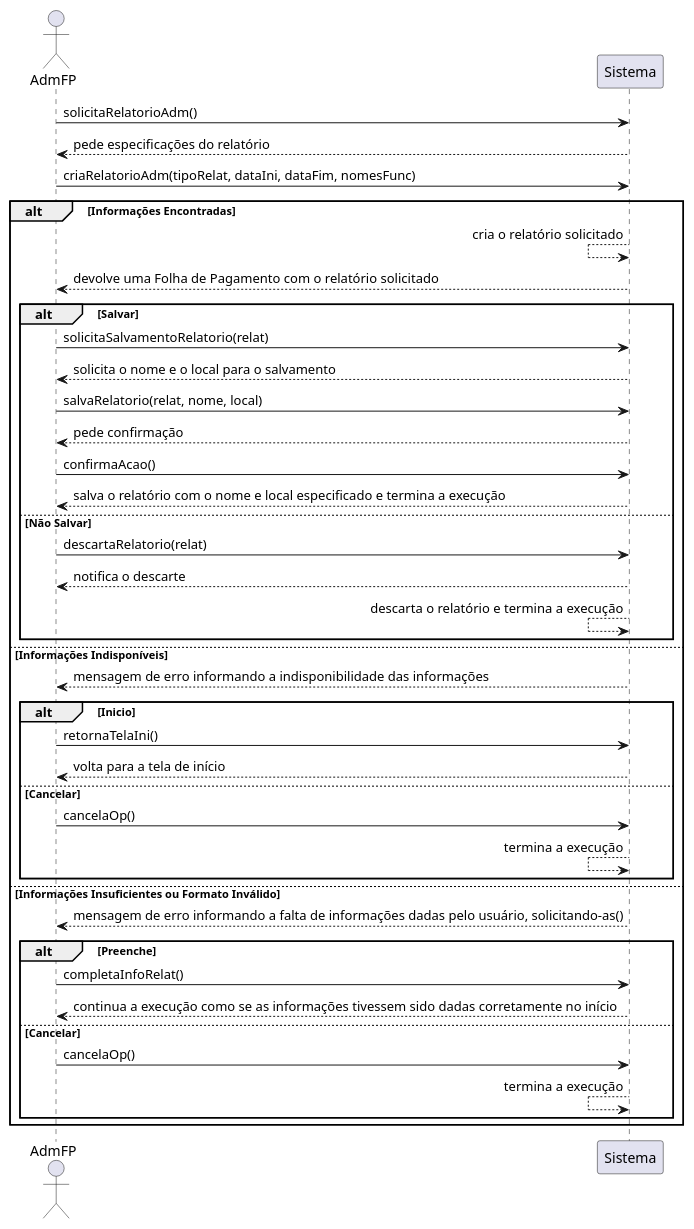
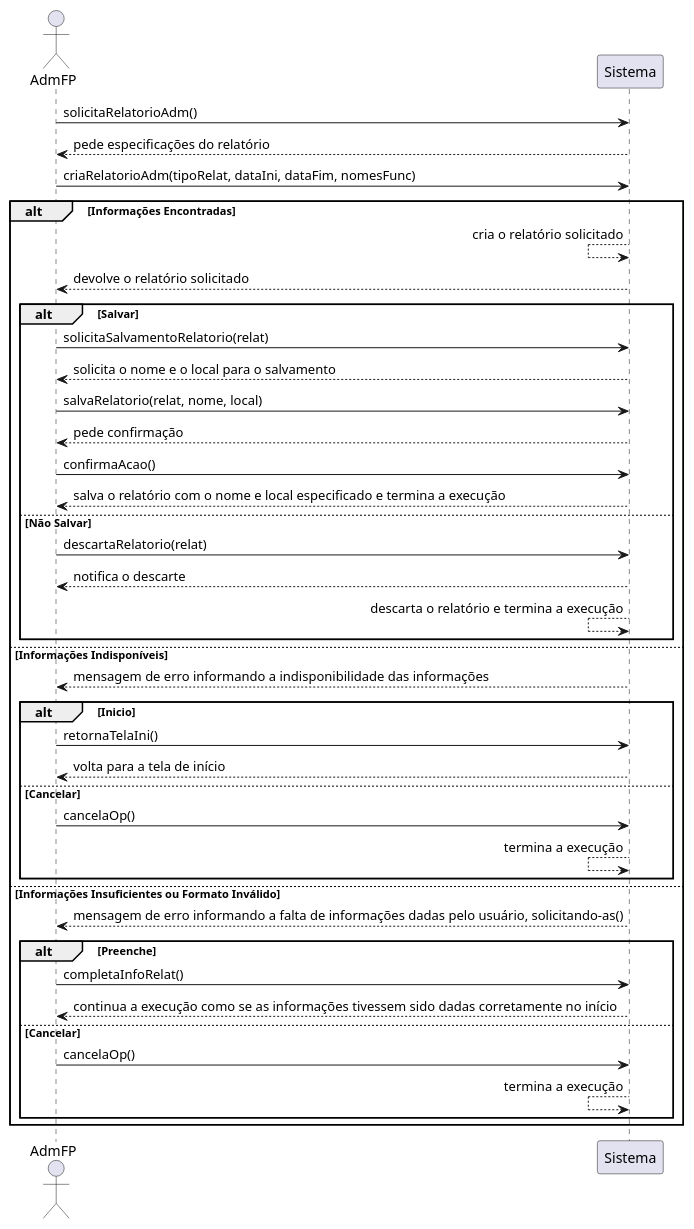
Before and after one commit to tikaradate/CI1163-Design_de_Software: the diagram in casos_de_uso/caso-2/2-DSS.plantuml, drawn with PlantUML. The commit also changed 1 other file, not shown here.

```diff
--- a/casos_de_uso/caso-2/2-DSS.plantuml
+++ b/casos_de_uso/caso-2/2-DSS.plantuml
@@ -1,60 +1,60 @@
 @startuml
 Actor AdmFP as AFP
 
 AFP -> Sistema : solicitaRelatorioAdm()
 AFP <-- Sistema : pede especificações do relatório
 AFP -> Sistema : criaRelatorioAdm(tipoRelat, dataIni, dataFim, nomesFunc)
 
 alt Informações Encontradas
 
     Sistema <-- Sistema : cria o relatório solicitado
-    AFP <-- Sistema : devolve uma Folha de Pagamento com o relatório solicitado
+    AFP <-- Sistema : devolve o relatório solicitado
     alt Salvar
 
         AFP -> Sistema : solicitaSalvamentoRelatorio(relat)
         AFP <-- Sistema : solicita o nome e o local para o salvamento
         AFP -> Sistema : salvaRelatorio(relat, nome, local)
         AFP <-- Sistema : pede confirmação
         AFP -> Sistema : confirmaAcao()
         AFP <-- Sistema : salva o relatório com o nome e local especificado e termina a execução
 
     else Não Salvar
 
         AFP -> Sistema : descartaRelatorio(relat)
         AFP <-- Sistema : notifica o descarte
         Sistema <-- Sistema : descarta o relatório e termina a execução
 
     end
 
 else Informações Indisponíveis
 
     AFP <-- Sistema : mensagem de erro informando a indisponibilidade das informações
     alt Inicio
 
         AFP -> Sistema : retornaTelaIni()
         AFP <-- Sistema : volta para a tela de início
 
     else Cancelar
 
         AFP -> Sistema : cancelaOp()
         Sistema <-- Sistema : termina a execução
 
     end
 
 else Informações Insuficientes ou Formato Inválido
 
     AFP <-- Sistema : mensagem de erro informando a falta de informações dadas pelo usuário, solicitando-as()
     alt Preenche
 
         AFP -> Sistema : completaInfoRelat()
         AFP <-- Sistema : continua a execução como se as informações tivessem sido dadas corretamente no início
 
     else Cancelar
 
         AFP -> Sistema : cancelaOp()
         Sistema <-- Sistema : termina a execução
 
     end
 
 end
 @enduml
```
